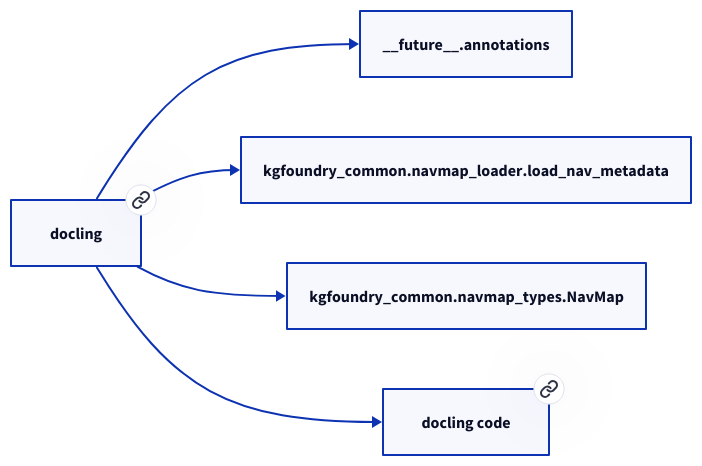
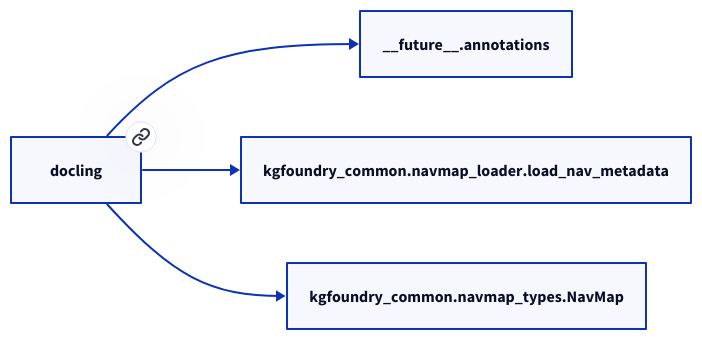
The diagram in docs/modules/docling.md (paul-heyse/kgforge), drawn with D2 before and after one commit. The commit also changed other lines of this file and 118 other files, not shown here.

````diff
--- a/docs/modules/docling.md
+++ b/docs/modules/docling.md
@@ -17,12 +15,10 @@
 ```d2
 direction: right
-"docling": "docling" { link: "./docling.md" }
+"docling": "docling" { link: "docling.md" }
 "__future__.annotations": "__future__.annotations"
 "docling" -> "__future__.annotations"
 "kgfoundry_common.navmap_loader.load_nav_metadata": "kgfoundry_common.navmap_loader.load_nav_metadata"
 "docling" -> "kgfoundry_common.navmap_loader.load_nav_metadata"
 "kgfoundry_common.navmap_types.NavMap": "kgfoundry_common.navmap_types.NavMap"
 "docling" -> "kgfoundry_common.navmap_types.NavMap"
-"docling_code": "docling code" { link: "https://github.com/kgfoundry/kgfoundry/blob/main/src/docling/__init__.py" }
-"docling" -> "docling_code" { style: dashed }
 ```
````
